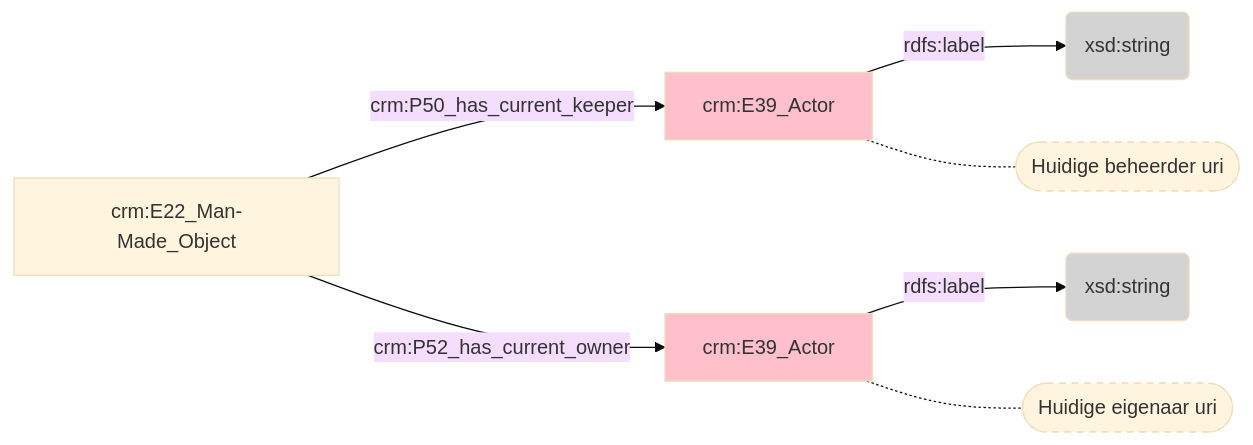
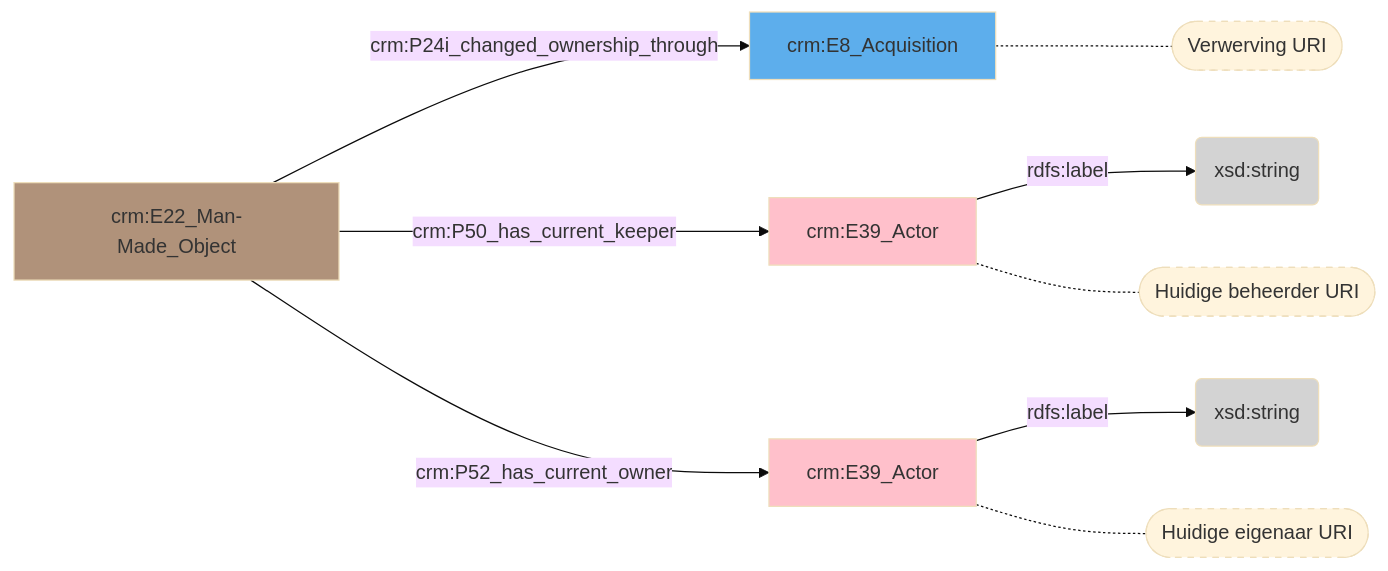
The diagram in docs/content/modellen/MuseologicalItem/Context.md (digipolisantwerpdocumentation/antwerp-cultureel-erfgoed), drawn with Mermaid (base theme) before and after one commit. The commit also changed 29 other files, not shown here.

````diff
--- a/docs/content/modellen/MuseologicalItem/Context.md
+++ b/docs/content/modellen/MuseologicalItem/Context.md
@@ -1,15 +1,20 @@
 ```mermaid
 graph LR
 e3f399f0-eda2-11ed-9655-00163e71351b["crm:E39_Actor"]-->|"rdfs:label"|e3f39d10-eda2-11ed-9655-00163e71351b(xsd:string)
 fa955724-dd27-11ed-9655-00163e71351b["crm:E39_Actor"]-->|"rdfs:label"|fa95cf6a-dd27-11ed-9655-00163e71351b(xsd:string)
+fa95cea2-dd27-11ed-9655-00163e71351b["crm:E22_Man-Made_Object"]-->|"crm:P24i_changed_ownership_through"|2912c76c-62c5-11ee-b0c4-00163e71351b["crm:E8_Acquisition"]
 fa95cea2-dd27-11ed-9655-00163e71351b["crm:E22_Man-Made_Object"]-->|"crm:P50_has_current_keeper"|e3f399f0-eda2-11ed-9655-00163e71351b["crm:E39_Actor"]
 fa95cea2-dd27-11ed-9655-00163e71351b["crm:E22_Man-Made_Object"]-->|"crm:P52_has_current_owner"|fa955724-dd27-11ed-9655-00163e71351b["crm:E39_Actor"]
+2912c76c-62c5-11ee-b0c4-00163e71351b["crm:E8_Acquisition"]-.-2912c76c-62c5-11ee-b0c4-00163e71351b_s(["Verwerving URI"])
+e3f399f0-eda2-11ed-9655-00163e71351b["crm:E39_Actor"]-.-e3f399f0-eda2-11ed-9655-00163e71351b_s(["Huidige beheerder URI"])
+fa955724-dd27-11ed-9655-00163e71351b["crm:E39_Actor"]-.-fa955724-dd27-11ed-9655-00163e71351b_s(["Huidige eigenaar URI"])
+style 2912c76c-62c5-11ee-b0c4-00163e71351b_s stroke-dasharray: 5
 style e3f399f0-eda2-11ed-9655-00163e71351b_s stroke-dasharray: 5
 style fa955724-dd27-11ed-9655-00163e71351b_s stroke-dasharray: 5
-e3f399f0-eda2-11ed-9655-00163e71351b["crm:E39_Actor"]-.-e3f399f0-eda2-11ed-9655-00163e71351b_s(["Huidige beheerder uri"])
-fa955724-dd27-11ed-9655-00163e71351b["crm:E39_Actor"]-.-fa955724-dd27-11ed-9655-00163e71351b_s(["Huidige eigenaar uri"])
+style 2912c76c-62c5-11ee-b0c4-00163e71351b fill:#5DAEEC
 style e3f399f0-eda2-11ed-9655-00163e71351b fill:#ffc0cb
 style e3f39d10-eda2-11ed-9655-00163e71351b fill:#D3D3D3
 style fa955724-dd27-11ed-9655-00163e71351b fill:#ffc0cb
+style fa95cea2-dd27-11ed-9655-00163e71351b fill:#B0927A
 style fa95cf6a-dd27-11ed-9655-00163e71351b fill:#D3D3D3
 ```
````
